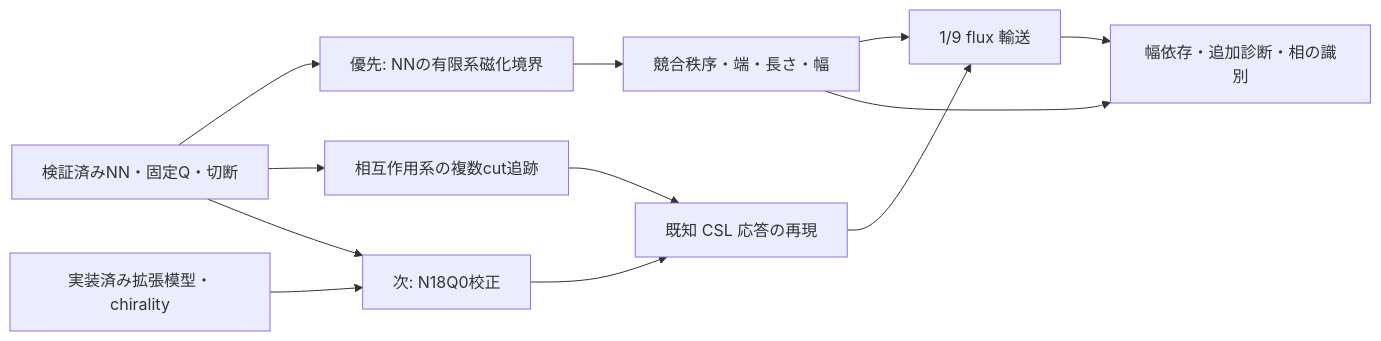
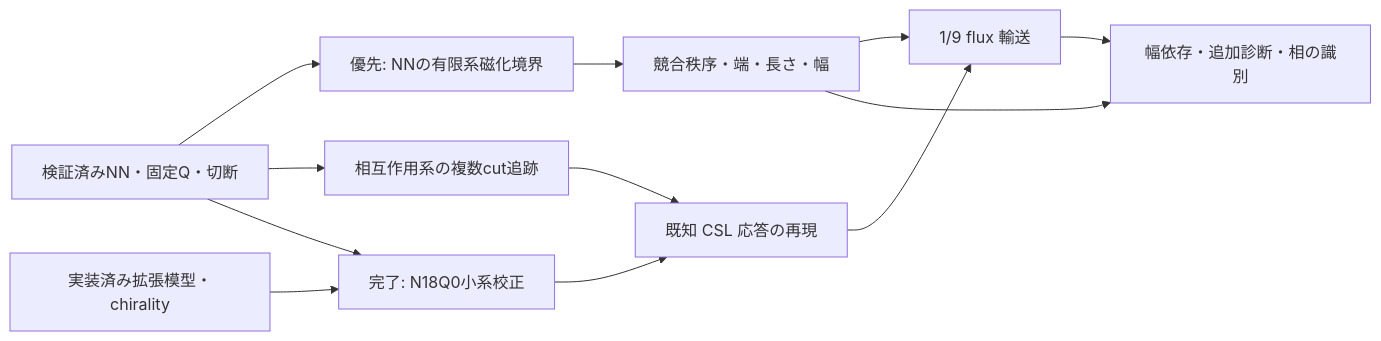
Before and after one commit to MGYamada/KagomeDMRG.jl: the diagram in ROADMAP.md, drawn with Mermaid. The commit also changed other lines of this file and 96 other files, not shown here.

````diff
--- a/ROADMAP.md
+++ b/ROADMAP.md
@@ -300,14 +362,14 @@
 ```mermaid
 flowchart LR
   BASE[検証済みNN・固定Q・切断] --> STATIC[優先: NNの有限系磁化境界]
   STATIC --> ORDER[競合秩序・端・長さ・幅]
   BASE --> P2[相互作用系の複数cut追跡]
-  CSL[実装済み拡張模型・chirality] --> P3a[次: N18Q0校正]
+  CSL[実装済み拡張模型・chirality] --> P3a[完了: N18Q0小系校正]
   BASE --> P3a
   P2 --> P3b[既知 CSL 応答の再現]
   P3a --> P3b
   P3b --> P4b[1/9 flux 輸送]
   ORDER --> P4b
   ORDER --> P6[幅依存・追加診断・相の識別]
   P4b --> P6
 ```
````
